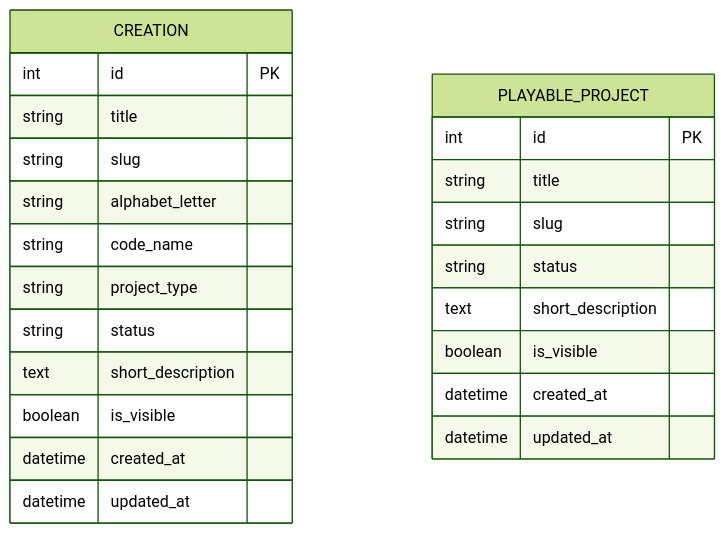
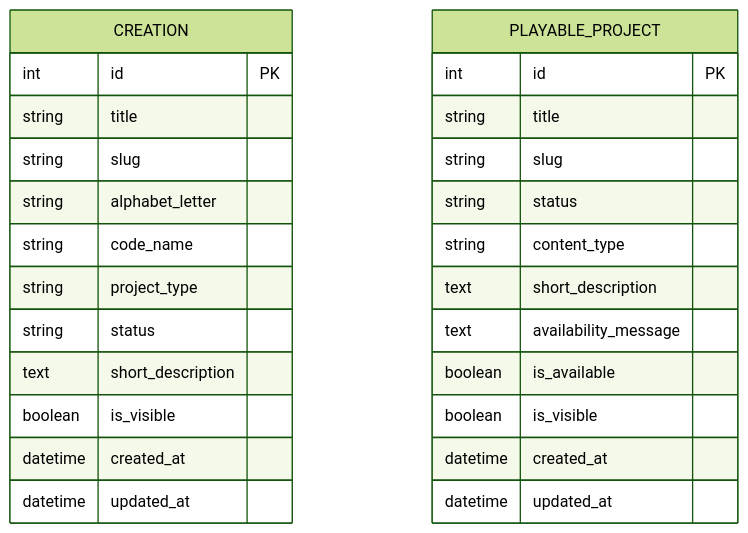
One commit to Zero1366/frostia-games changed the first of 2 diagrams in docs/conception/mcd.md. Above: the diagram before and after it, drawn with Mermaid (forest theme). The commit also changed other lines of this file and 15 other files, not shown here.

````diff
--- a/docs/conception/mcd.md
+++ b/docs/conception/mcd.md
@@ -72,27 +169,30 @@
 ```mermaid
 erDiagram
     CREATION {
         int id PK
         string title
         string slug
         string alphabet_letter
         string code_name
         string project_type
         string status
         text short_description
         boolean is_visible
         datetime created_at
         datetime updated_at
     }
 
     PLAYABLE_PROJECT {
         int id PK
         string title
         string slug
         string status
+        string content_type
         text short_description
+        text availability_message
+        boolean is_available
         boolean is_visible
         datetime created_at
         datetime updated_at
     }
 ```
````
